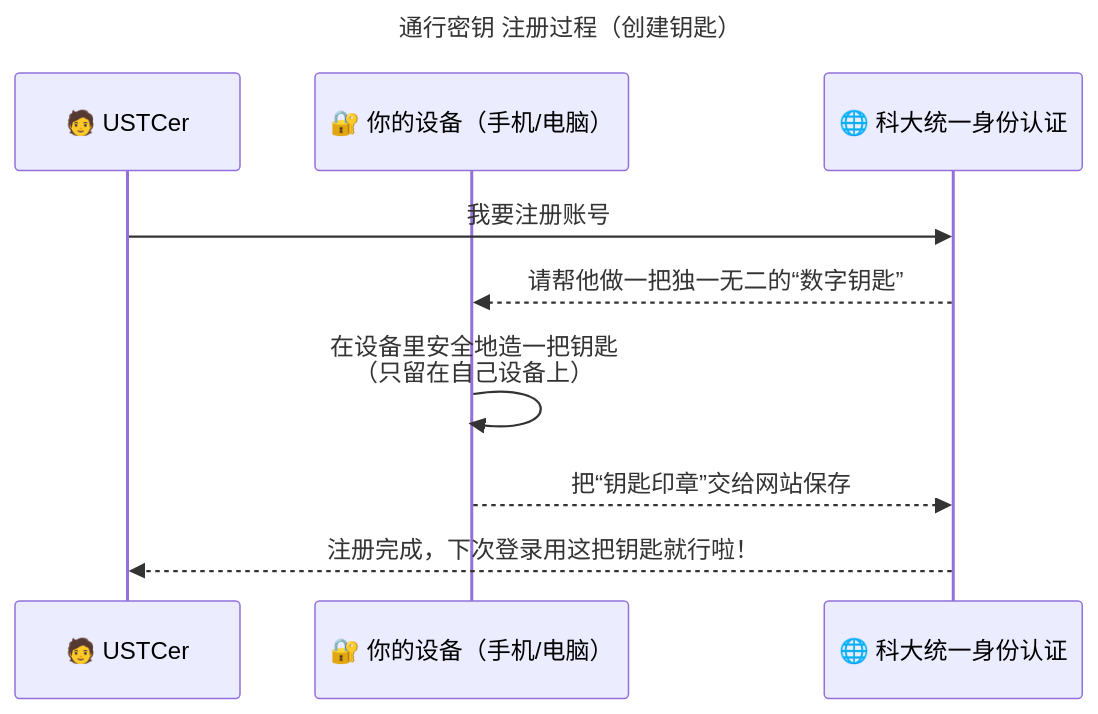
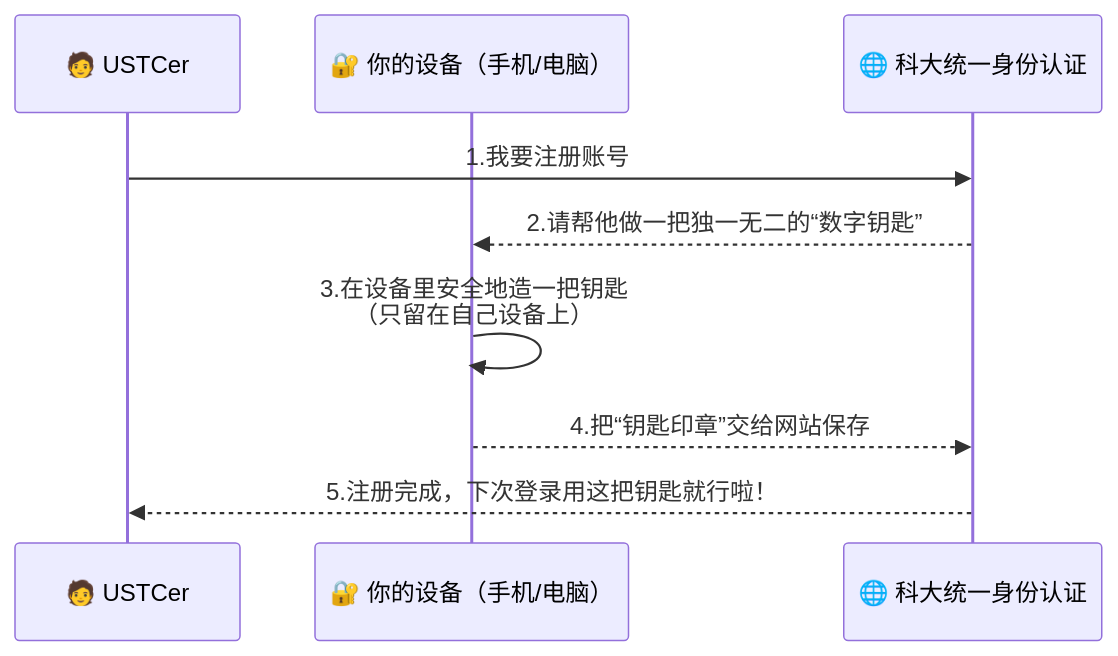
One commit to wf0229/id_doc changed the first of 3 diagrams in docs/passkey.md. Above: the diagram before and after it, drawn with Mermaid. The commit also changed other lines of this file, not shown here.

````diff
--- a/docs/passkey.md
+++ b/docs/passkey.md
@@ -5,13 +6,12 @@
 ```mermaid
 sequenceDiagram
-    title 通行密钥 注册过程（创建钥匙）
     participant U as 🧑 USTCer
     participant D as 🔐 你的设备（手机/电脑）
     participant P as 🌐 科大统一身份认证
 
-    U->>P: 我要注册账号
-    P-->>D: 请帮他做一把独一无二的“数字钥匙”
-    D->>D: 在设备里安全地造一把钥匙<br/>（只留在自己设备上）
-    D-->>P: 把“钥匙印章”交给网站保存
-    P-->>U: 注册完成，下次登录用这把钥匙就行啦！
+    U->>P: 1.我要注册账号
+    P-->>D: 2.请帮他做一把独一无二的“数字钥匙”
+    D->>D: 3.在设备里安全地造一把钥匙<br/>（只留在自己设备上）
+    D-->>P: 4.把“钥匙印章”交给网站保存
+    P-->>U: 5.注册完成，下次登录用这把钥匙就行啦！
 ```
````
